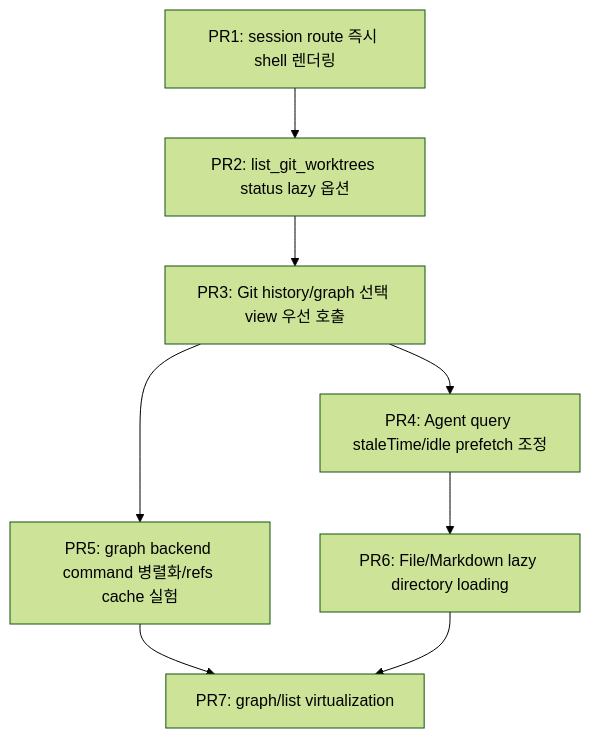
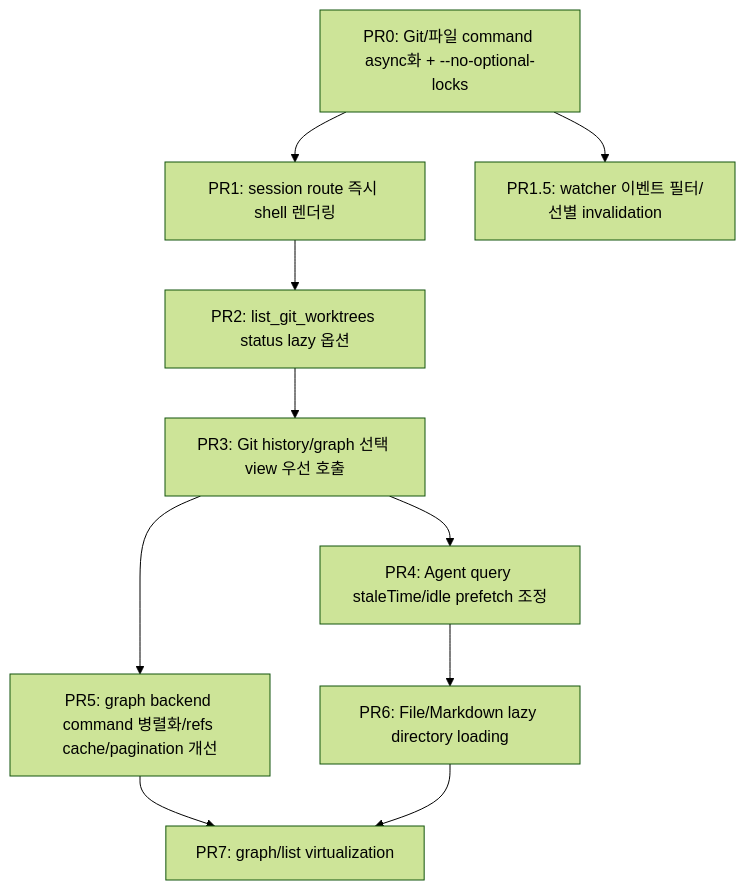
Before and after one commit to yoophi/agentic-workspace: the second of 2 diagrams in docs/worktree-session-loading-performance-review.md, drawn with Mermaid (forest theme). The commit also changed other lines of this file, not shown here.

First line of the commit message:
docs: expand worktree session performance review with backend findings

````diff
--- a/docs/worktree-session-loading-performance-review.md
+++ b/docs/worktree-session-loading-performance-review.md
@@ -195,10 +283,12 @@
 ```mermaid
 flowchart TD
-  A["PR1: session route 즉시 shell 렌더링"] --> B["PR2: list_git_worktrees status lazy 옵션"]
+  Z["PR0: Git/파일 command async화 + --no-optional-locks"] --> A["PR1: session route 즉시 shell 렌더링"]
+  Z --> H["PR1.5: watcher 이벤트 필터/선별 invalidation"]
+  A --> B["PR2: list_git_worktrees status lazy 옵션"]
   B --> C["PR3: Git history/graph 선택 view 우선 호출"]
   C --> D["PR4: Agent query staleTime/idle prefetch 조정"]
-  C --> E["PR5: graph backend command 병렬화/refs cache 실험"]
+  C --> E["PR5: graph backend command 병렬화/refs cache/pagination 개선"]
   D --> F["PR6: File/Markdown lazy directory loading"]
   E --> G["PR7: graph/list virtualization"]
   F --> G
 ```
````
